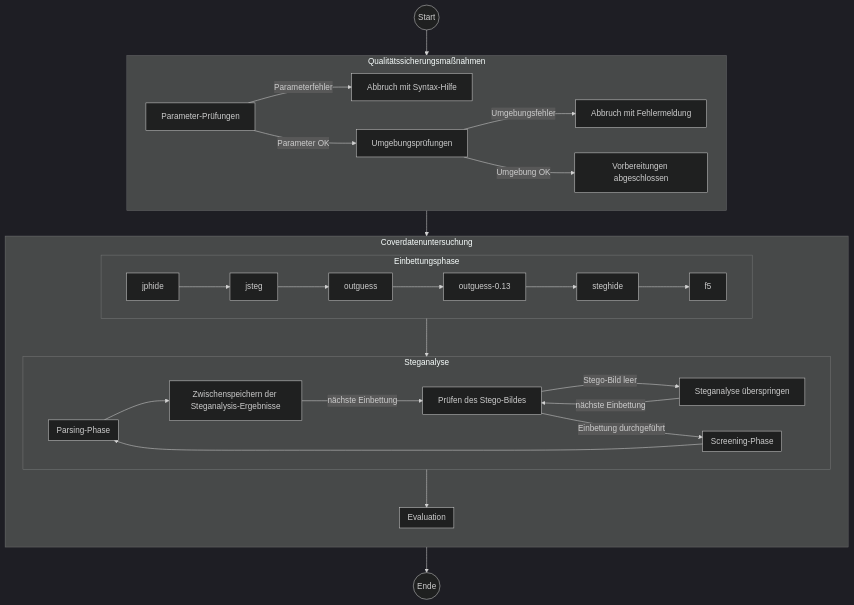
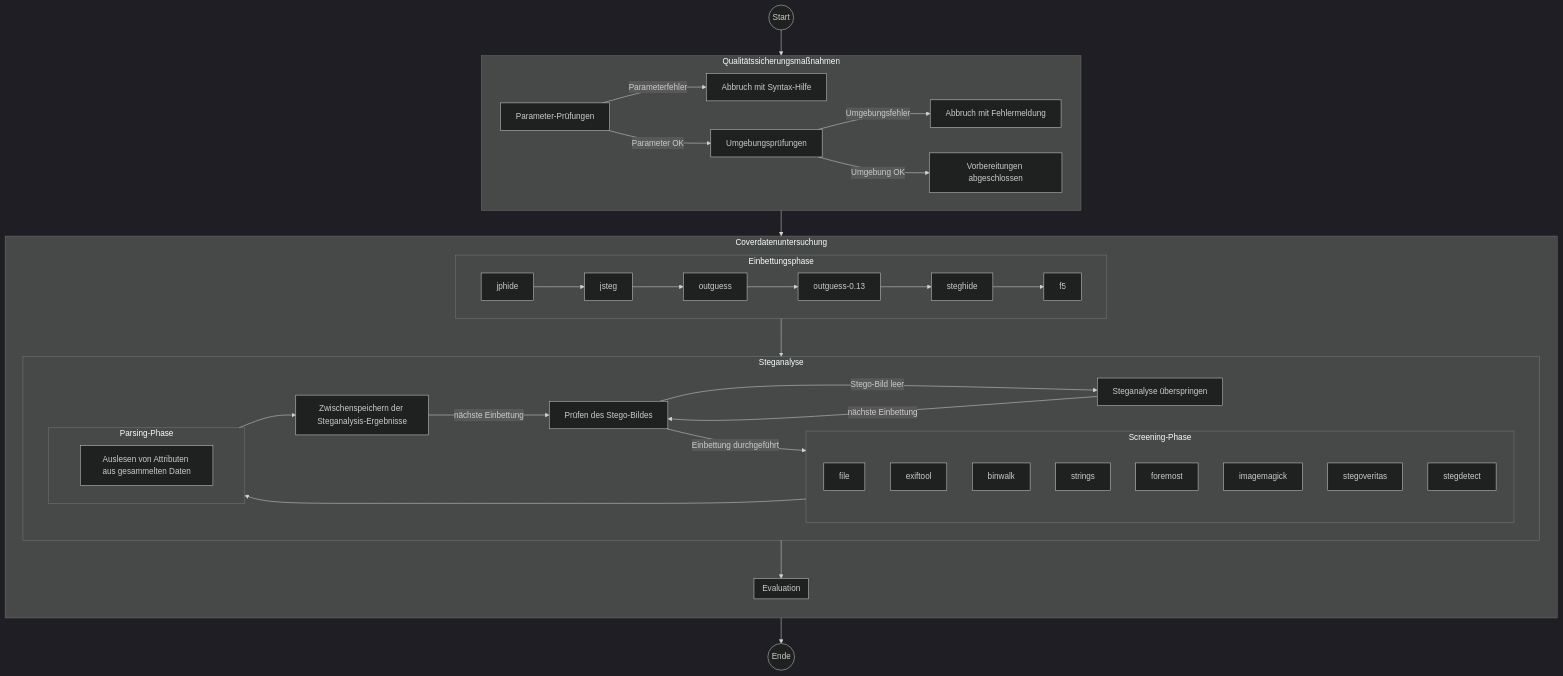
Before and after one commit to bh-8/amsl-it-security-projects: the diagram in SMKITS5/README.md, drawn with Mermaid (dark theme).

````diff
--- a/SMKITS5/README.md
+++ b/SMKITS5/README.md
@@ -104,61 +104,70 @@
     ```mermaid
     flowchart TB
       start(("Start"))
       subgraph Qualitätssicherungsmaßnahmen
         direction LR
         paramchecks["Parameter-Prüfungen"]
         aborthelp["Abbruch mit Syntax-Hilfe"]
         envchecks["Umgebungsprüfungen"]
         aborterr["Abbruch mit Fehlermeldung"]
         qa["Vorbereitungen abgeschlossen"]
         paramchecks
         paramchecks--"Parameterfehler"-->aborthelp
         paramchecks--"Parameter OK"-->envchecks
         envchecks--"Umgebungsfehler"-->aborterr
         envchecks--"Umgebung OK"-->qa
       end
       subgraph Coverdatenuntersuchung
         direction TB
         subgraph Einbettungsphase
           direction LR
           jphide["jphide"]
           jsteg["jsteg"]
           outguess["outguess"]
           outguess-0.13["outguess-0.13"]
           steghide["steghide"]
           f5["f5"]
           jphide-->jsteg
           jsteg-->outguess
           outguess-->outguess-0.13
           outguess-0.13-->steghide
           steghide-->f5
         end
         subgraph Steganalyse
           direction LR
           stegocheck["Prüfen des Stego-Bildes"]
           skipempty["Steganalyse überspringen"]
           subgraph Screening-Phase
-          
+            direction TB
+            file["file"]
+            exiftool["exiftool"]
+            binwalk["binwalk"]
+            strings["strings"]
+            foremost["foremost"]
+            imagemagick["imagemagick"]
+            stegoveritas["stegoveritas"]
+            stegdetect["stegdetect"]
           end
           subgraph Parsing-Phase
-          
+            direction LR
+            parse["Auslesen von Attributen aus gesammelten Daten"]
           end
           savecsv["Zwischenspeichern der Steganalysis-Ergebnisse"]
           stegocheck--"Stego-Bild leer"-->skipempty
           skipempty--"nächste Einbettung"-->stegocheck
           stegocheck--"Einbettung durchgeführt"-->Screening-Phase
           Screening-Phase-->Parsing-Phase
           Parsing-Phase-->savecsv
           savecsv--"nächste Einbettung"-->stegocheck
         end
         subgraph Evaluation
         
         end
         Einbettungsphase-->Steganalyse
         Steganalyse-->Evaluation
       end
       finish(("Ende"))
       start-->Qualitätssicherungsmaßnahmen
       Qualitätssicherungsmaßnahmen-->Coverdatenuntersuchung
       Coverdatenuntersuchung-->finish
     ```  
````
